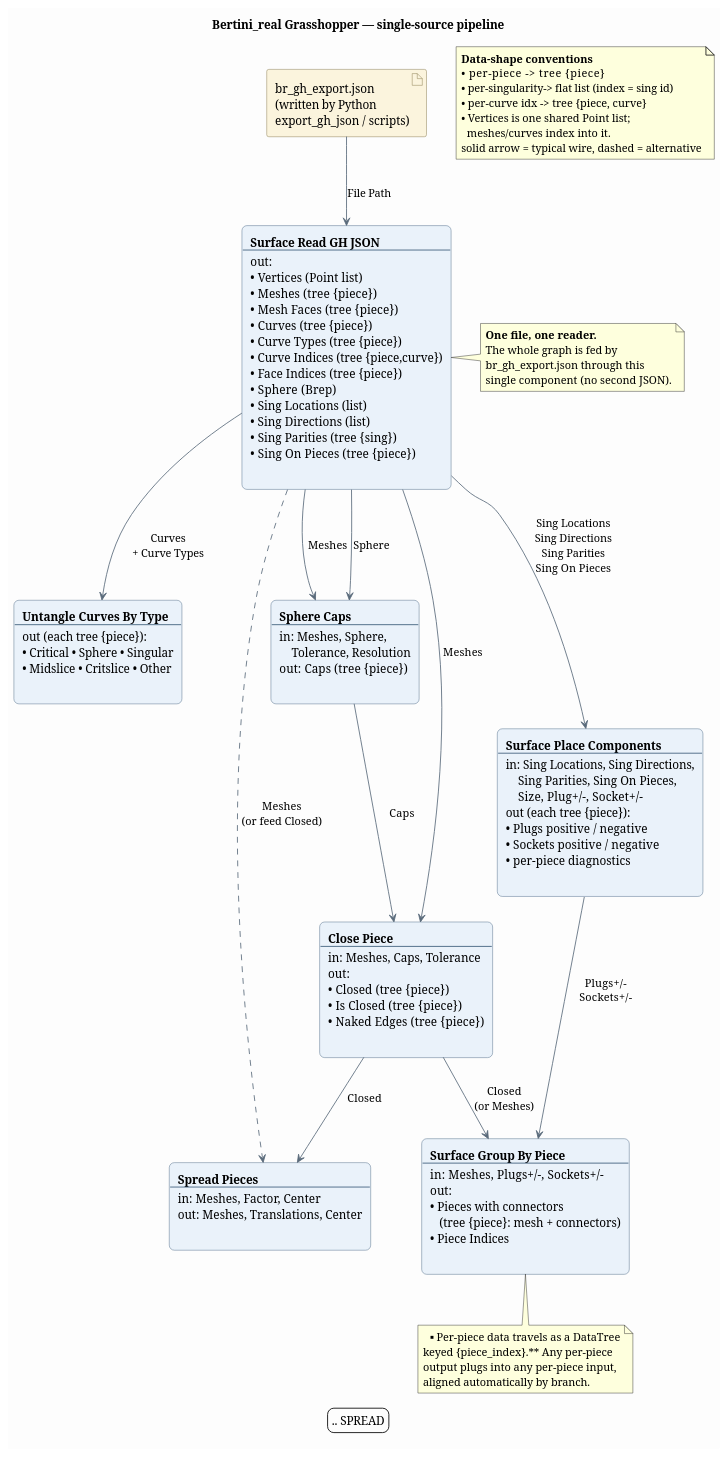
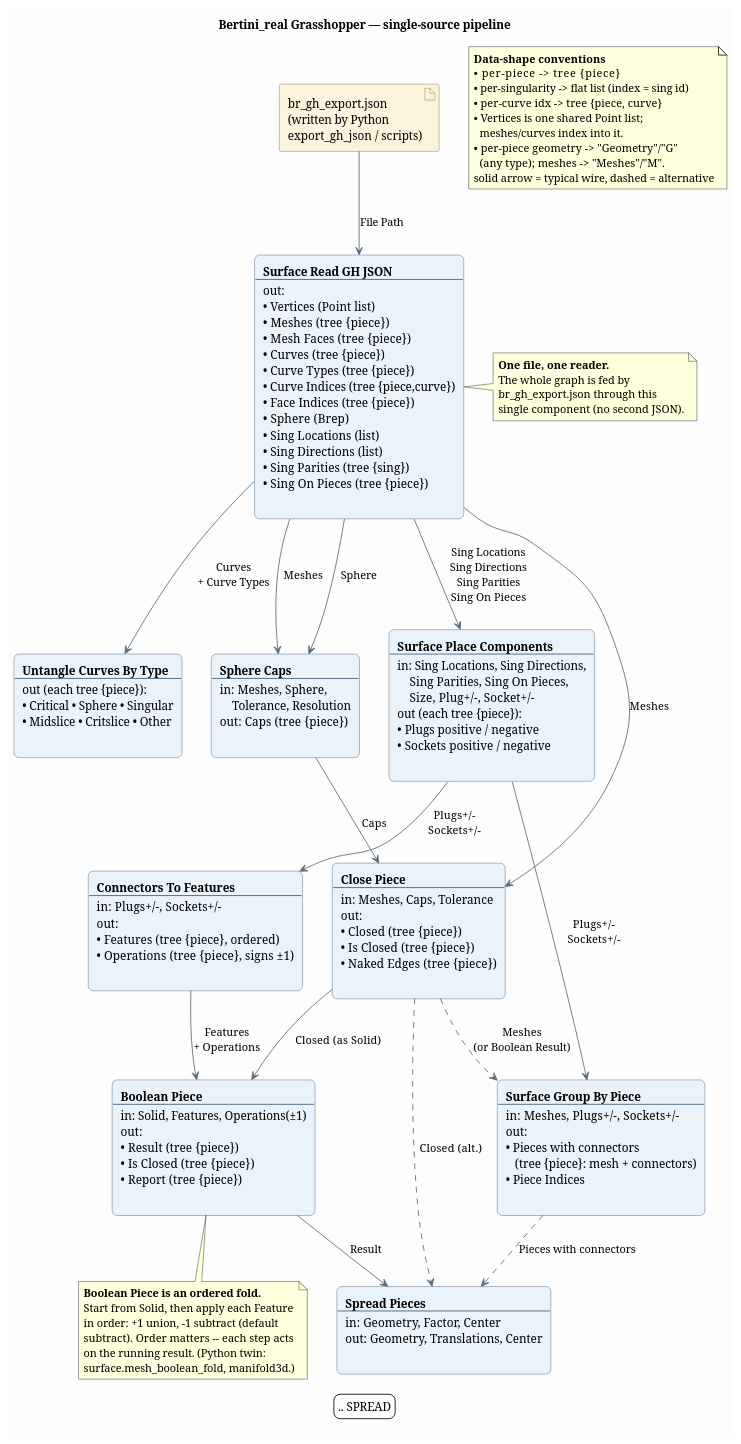
The diagram in grasshopper/docs/usage.puml (ofloveandhate/bertini_real), drawn with PlantUML before and after one commit.

Commit message:
Add boolean stage to the Grasshopper usage diagram
usage.puml now shows Connectors To Features (weave plug/socket trees -> ordered Features +
Operations) and Boolean Piece (fold Solid + Features + signed Operations -> Result), the
Close Piece -> Boolean Piece solid wire, and a note that Boolean Piece is an ordered fold.
Also reflects Spread's Geometry port.

```diff
--- a/grasshopper/docs/usage.puml
+++ b/grasshopper/docs/usage.puml
@@ -1,93 +1,106 @@
 @startuml
 ' Bertini_real Grasshopper components — single-source usage graph.
 ' Render with PlantUML:  plantuml grasshopper/docs/usage.puml   (-> usage.png/svg)
 
 title Bertini_real Grasshopper — single-source pipeline
 
 skinparam backgroundColor #FDFDFD
 skinparam shadowing false
 skinparam defaultFontName Helvetica
 skinparam ArrowColor #5A6B7B
 skinparam rectangle {
   BorderColor #3A5A78
   BackgroundColor #EAF2FA
   RoundCorner 12
 }
 skinparam artifact {
   BorderColor #7A6A3A
   BackgroundColor #FBF4DD
 }
 
 ' ---- the one source ----
 artifact "br_gh_export.json\n(written by Python\nexport_gh_json / scripts)" as JSON
 
 ' ---- the one reader ----
 rectangle "**Surface Read GH JSON**\l--\lout:\l• Vertices  (Point list)\l• Meshes  (tree {piece})\l• Mesh Faces  (tree {piece})\l• Curves  (tree {piece})\l• Curve Types  (tree {piece})\l• Curve Indices  (tree {piece,curve})\l• Face Indices  (tree {piece})\l• Sphere  (Brep)\l• Sing Locations  (list)\l• Sing Directions  (list)\l• Sing Parities  (tree {sing})\l• Sing On Pieces  (tree {piece})\l" as READER
 
 JSON --> READER : File Path
 
 ' ======================================================================
 ' Branch 1 — curves
 ' ======================================================================
 rectangle "**Untangle Curves By Type**\l--\lout (each tree {piece}):\l• Critical • Sphere • Singular\l• Midslice • Critslice • Other\l" as UNTANGLE
 
 READER --> UNTANGLE : Curves\n+ Curve Types
 
 ' ======================================================================
-' Branch 2 — geometry: cap -> close -> (spread)
+' Branch 2 — geometry: cap -> close -> boolean -> (spread)
 ' ======================================================================
 rectangle "**Sphere Caps**\l--\lin: Meshes, Sphere,\l    Tolerance, Resolution\lout: Caps  (tree {piece})\l" as CAPS
 
 rectangle "**Close Piece**\l--\lin: Meshes, Caps, Tolerance\lout:\l• Closed  (tree {piece})\l• Is Closed  (tree {piece})\l• Naked Edges  (tree {piece})\l" as CLOSE
 
-rectangle "**Spread Pieces**\l--\lin: Meshes, Factor, Center\lout: Meshes, Translations, Center\l" as SPREAD
+rectangle "**Boolean Piece**\l--\lin: Solid, Features, Operations(±1)\lout:\l• Result  (tree {piece})\l• Is Closed  (tree {piece})\l• Report  (tree {piece})\l" as BOOL
+
+rectangle "**Spread Pieces**\l--\lin: Geometry, Factor, Center\lout: Geometry, Translations, Center\l" as SPREAD
 
 READER --> CAPS : Meshes
 READER --> CAPS : Sphere
 READER --> CLOSE : Meshes
 CAPS --> CLOSE : Caps
-CLOSE --> SPREAD : Closed
-READER ..> SPREAD : Meshes\n(or feed Closed)
+CLOSE --> BOOL : Closed  (as Solid)
 
 ' ======================================================================
-' Branch 3 — singularity connectors
+' Branch 3 — singularity connectors -> features -> boolean
 ' ======================================================================
-rectangle "**Surface Place Components**\l--\lin: Sing Locations, Sing Directions,\l    Sing Parities, Sing On Pieces,\l    Size, Plug+/-, Socket+/-\lout (each tree {piece}):\l• Plugs positive / negative\l• Sockets positive / negative\l• per-piece diagnostics\l" as PLACE
+rectangle "**Surface Place Components**\l--\lin: Sing Locations, Sing Directions,\l    Sing Parities, Sing On Pieces,\l    Size, Plug+/-, Socket+/-\lout (each tree {piece}):\l• Plugs positive / negative\l• Sockets positive / negative\l" as PLACE
+
+rectangle "**Connectors To Features**\l--\lin: Plugs+/-, Sockets+/-\lout:\l• Features  (tree {piece}, ordered)\l• Operations  (tree {piece}, signs ±1)\l" as CONNFEAT
 
 READER --> PLACE : Sing Locations\nSing Directions\nSing Parities\nSing On Pieces
+PLACE --> CONNFEAT : Plugs+/-\nSockets+/-
+CONNFEAT --> BOOL : Features\n+ Operations
 
 ' ======================================================================
-' Join — group each piece's mesh with its connectors
+' Grouping / viewing
 ' ======================================================================
 rectangle "**Surface Group By Piece**\l--\lin: Meshes, Plugs+/-, Sockets+/-\lout:\l• Pieces with connectors\l   (tree {piece}: mesh + connectors)\l• Piece Indices\l" as GROUP
 
-CLOSE --> GROUP : Closed\n(or Meshes)
+CLOSE ..> GROUP : Meshes\n(or Boolean Result)
 PLACE --> GROUP : Plugs+/-\nSockets+/-
+
+BOOL --> SPREAD : Result
+GROUP ..> SPREAD : Pieces with connectors
+CLOSE ..> SPREAD : Closed  (alt.)
 
 ' ---- notes ----
 note right of READER
   **One file, one reader.**
   The whole graph is fed by
   br_gh_export.json through this
   single component (no second JSON).
 end note
 
-note bottom of GROUP
-  **Per-piece data travels as a DataTree
-  keyed {piece_index}.** Any per-piece
-  output plugs into any per-piece input,
-  aligned automatically by branch.
+note bottom of BOOL
+  **Boolean Piece is an ordered fold.**
+  Start from Solid, then apply each Feature
+  in order: +1 union, -1 subtract (default
+  subtract). Order matters -- each step acts
+  on the running result. (Python twin:
+  surface.mesh_boolean_fold, manifold3d.)
 end note
 
 note as LEGEND
   **Data-shape conventions**
-  • per-piece      -> tree {piece}
-  • per-singularity-> flat list (index = sing id)
-  • per-curve idx  -> tree {piece, curve}
+  • per-piece       -> tree {piece}
+  • per-singularity -> flat list (index = sing id)
+  • per-curve idx   -> tree {piece, curve}
   • Vertices is one shared Point list;
     meshes/curves index into it.
+  • per-piece geometry -> "Geometry"/"G"
+    (any type); meshes -> "Meshes"/"M".
   solid arrow = typical wire,  dashed = alternative
 end note
 LEGEND .. SPREAD
 
 @enduml
```
